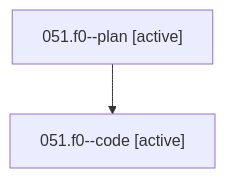
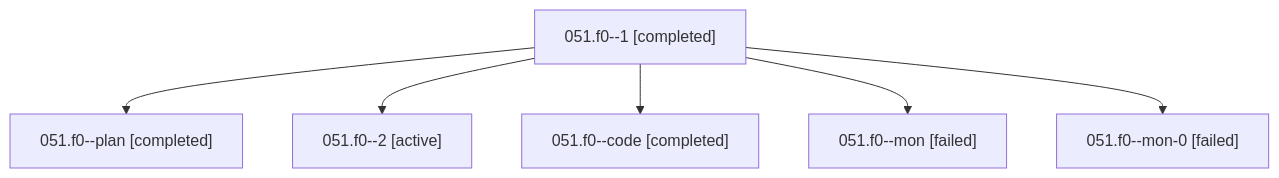
One commit to sase-org/sase--agents changed the diagram in families/bbugyi200.athena.051.f0.md. Above: the diagram before and after it, drawn with Mermaid. The commit also changed other lines of this file and 39 other files, not shown here.

````diff
--- a/families/bbugyi200.athena.051.f0.md
+++ b/families/bbugyi200.athena.051.f0.md
@@ -9,6 +9,14 @@
 ```mermaid
 flowchart TD
-  n0["051.f0--plan [active]"]
-  n1["051.f0--code [active]"]
+  n0["051.f0--1 [completed]"]
+  n1["051.f0--plan [completed]"]
   n0 --> n1
+  n2["051.f0--2 [active]"]
+  n0 --> n2
+  n3["051.f0--code [completed]"]
+  n0 --> n3
+  n4["051.f0--mon [failed]"]
+  n0 --> n4
+  n5["051.f0--mon-0 [failed]"]
+  n0 --> n5
 ```
````
